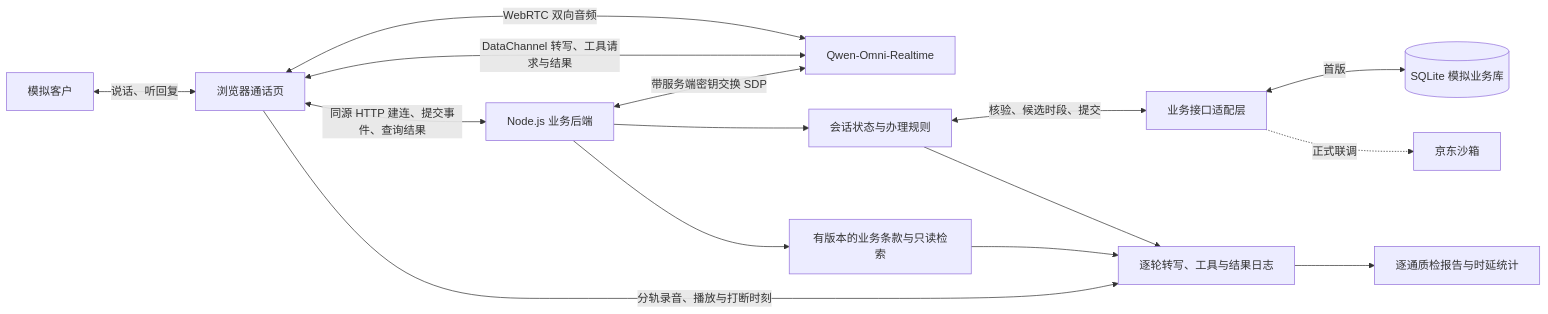
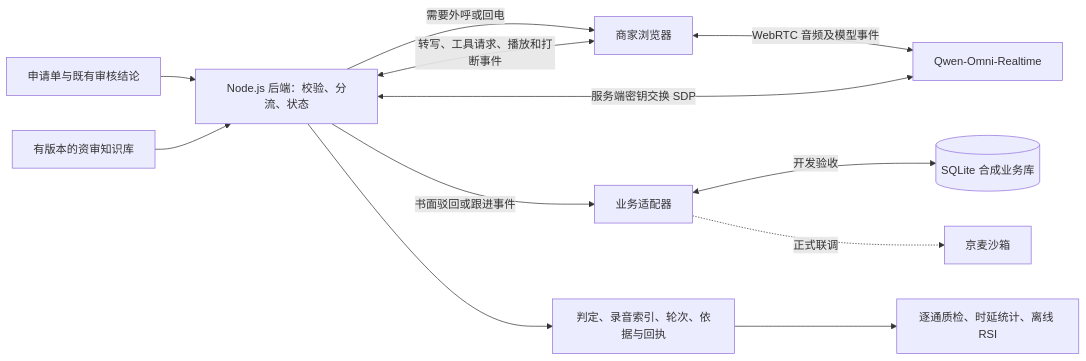
One commit to zhupipi07/zhiyu-voice-desk changed the diagram in ARCHITECTURE.md. Above: the diagram before and after it, drawn with Mermaid. The commit also changed other lines of this file, not shown here.

Commit message:
按 POP 商家资审驳回重写业务架构、验收与 RSI 实验

````diff
--- a/ARCHITECTURE.md
+++ b/ARCHITECTURE.md
@@ -11,17 +11,14 @@
 ```mermaid
 flowchart LR
-    U["模拟客户"] <-->|说话、听回复| W["浏览器通话页"]
-    W <-->|WebRTC 双向音频| Q["Qwen-Omni-Realtime"]
-    W <-->|DataChannel 转写、工具请求与结果| Q
-    W <-->|同源 HTTP 建连、提交事件、查询结果| A["Node.js 业务后端"]
-    A <-->|带服务端密钥交换 SDP| Q
-    A --> S["会话状态与办理规则"]
-    A --> K["有版本的业务条款与只读检索"]
-    S <-->|核验、候选时段、提交| B["业务接口适配层"]
-    B <-->|首版| D[("SQLite 模拟业务库")]
-    B -.->|正式联调| J["京东沙箱"]
-    S --> L["逐轮转写、工具与结果日志"]
-    K --> L
-    W -->|分轨录音、播放与打断时刻| L
-    L --> R["逐通质检报告与时延统计"]
+    C["申请单与既有审核结论"] --> S["Node.js 后端：校验、分流、状态"]
+    K["有版本的资审知识库"] --> S
+    S -->|需要外呼或回电| W["商家浏览器"]
+    W <-->|WebRTC 音频及模型事件| Q["Qwen-Omni-Realtime"]
+    S <-->|服务端密钥交换 SDP| Q
+    W <-->|转写、工具请求、播放和打断事件| S
+    S -->|书面驳回或跟进事件| A["业务适配器"]
+    A <-->|开发验收| D[("SQLite 合成业务库")]
+    A -.->|正式联调| J["京麦沙箱"]
+    S --> E["判定、录音索引、轮次、依据与回执"]
+    E --> R["逐通质检、时延统计、离线 RSI"]
 ```
````
